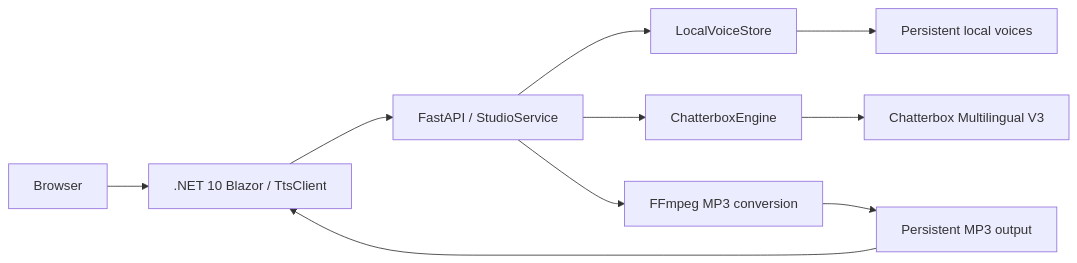
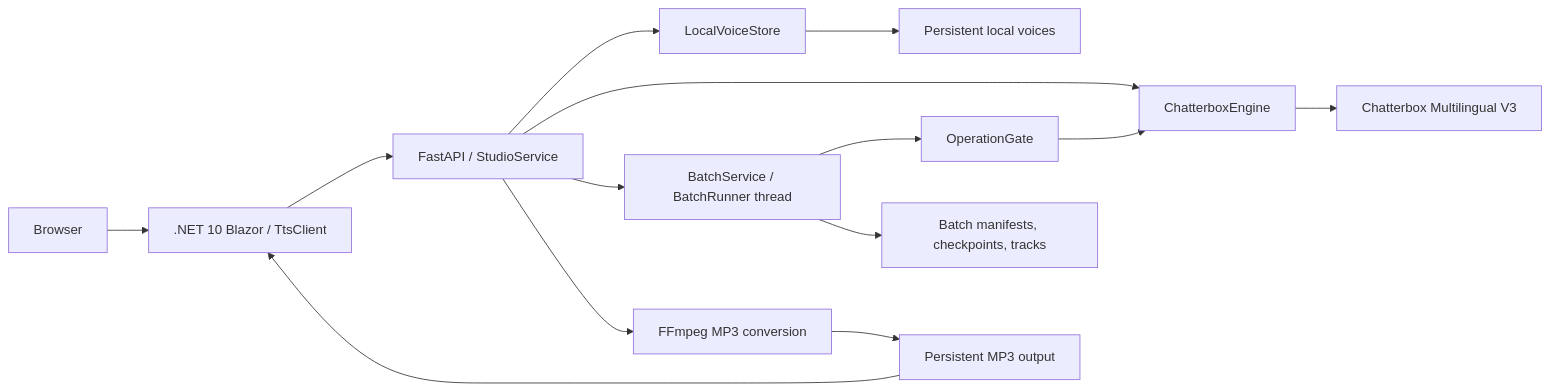
Before and after one commit to FabioRNobrega/perene-tts: the diagram in README.md, drawn with Mermaid. The commit also changed other lines of this file and 43 other files, not shown here.

````diff
--- a/README.md
+++ b/README.md
@@ -96,12 +118,16 @@
 ```mermaid
 flowchart LR
     Browser[Browser] --> Blazor[.NET 10 Blazor / TtsClient]
     Blazor --> Worker[FastAPI / StudioService]
     Worker --> Store[LocalVoiceStore]
     Worker --> Engine[ChatterboxEngine]
+    Worker --> Batches[BatchService / BatchRunner thread]
+    Batches --> Gate[OperationGate]
+    Gate --> Engine
+    Batches --> BatchData[Batch manifests, checkpoints, tracks]
     Engine --> Model[Chatterbox Multilingual V3]
     Store --> Data[Persistent local voices]
     Worker --> FFmpeg[FFmpeg MP3 conversion]
     FFmpeg --> Audio[Persistent MP3 output]
     Audio --> Blazor
 ```
````
